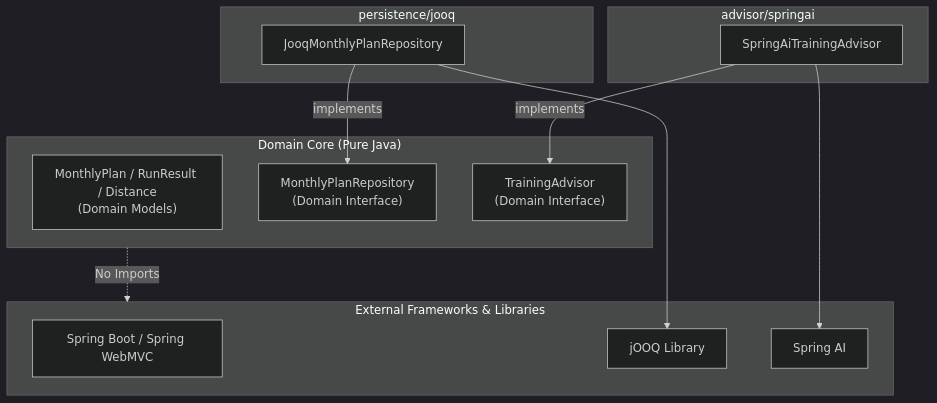
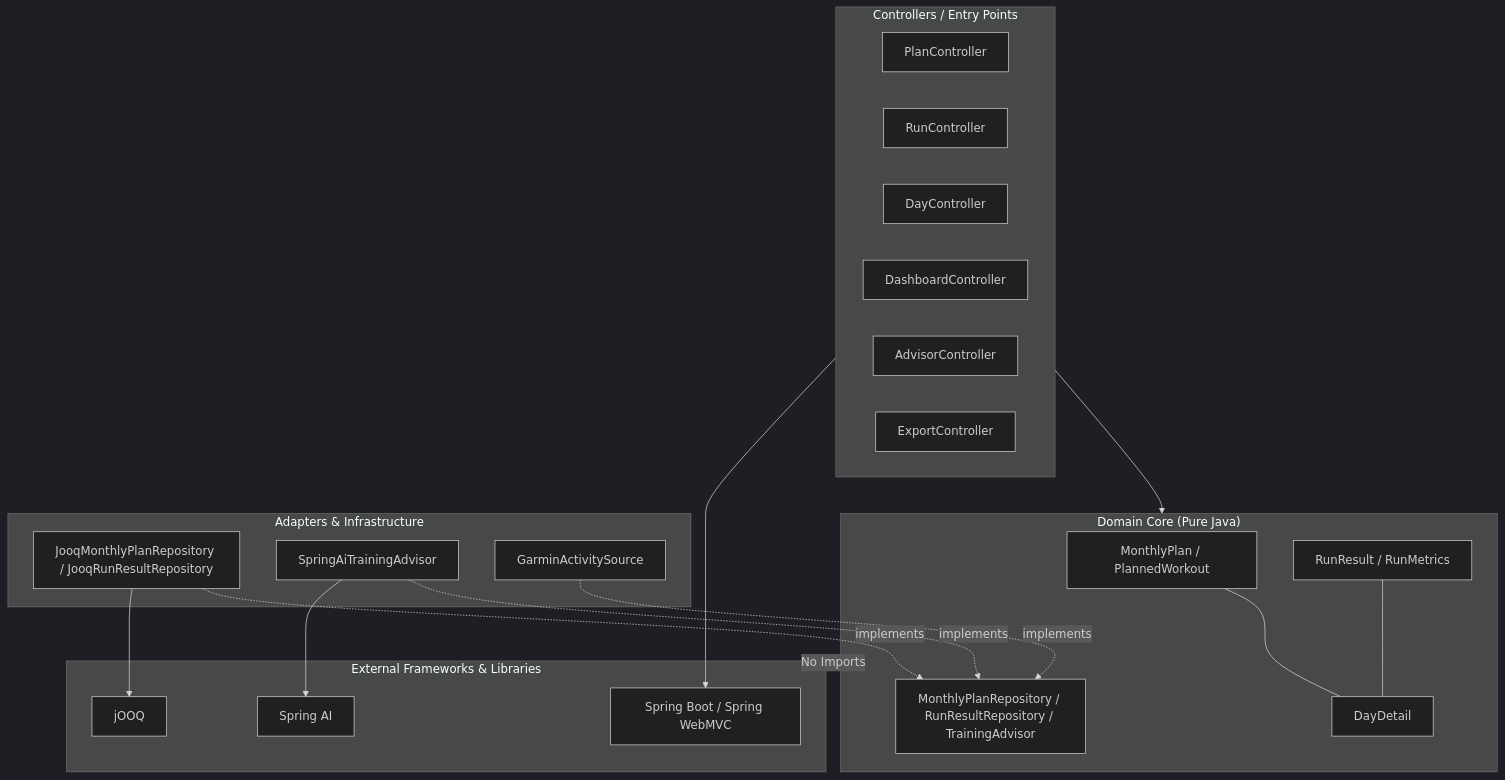
The second of 3 diagrams in openwiki/architecture/overview.md (tis-abe-akira/run-buddy), drawn with Mermaid (dark theme) before and after one commit. The commit also changed other lines of this file and 14 other files, not shown here.

````diff
--- a/openwiki/architecture/overview.md
+++ b/openwiki/architecture/overview.md
@@ -112,30 +125,44 @@
 ```mermaid
 flowchart TD
-    subgraph DomainCore ["Domain Core (Pure Java)"]
-        MonthlyPlan["MonthlyPlan / RunResult / Distance\n(Domain Models)"]
-        PlanRepoPort["MonthlyPlanRepository\n(Domain Interface)"]
-        AdvisorPort["TrainingAdvisor\n(Domain Interface)"]
+    subgraph Controllers ["Controllers / Entry Points"]
+        PlanCtrl["PlanController"]
+        RunCtrl["RunController"]
+        DayCtrl["DayController"]
+        DashCtrl["DashboardController"]
+        AdvisorCtrl["AdvisorController"]
+        ExportCtrl["ExportController"]
     end
 
-    subgraph PersistenceJooq ["persistence/jooq"]
-        JooqPlanRepo["JooqMonthlyPlanRepository"]
+    subgraph DomainCore ["Domain Core (Pure Java)"]
+        MonthlyPlan["MonthlyPlan / PlannedWorkout"]
+        RunResult["RunResult / RunMetrics"]
+        DayDetail["DayDetail"]
+        DomainPorts["MonthlyPlanRepository / RunResultRepository / TrainingAdvisor"]
+
+        MonthlyPlan --- DayDetail
+        RunResult --- DayDetail
     end
 
-    subgraph AdvisorSpringAi ["advisor/springai"]
+    subgraph Adapters ["Adapters & Infrastructure"]
+        JooqRepos["JooqMonthlyPlanRepository / JooqRunResultRepository"]
         SpringAiAdvisor["SpringAiTrainingAdvisor"]
+        GarminSource["GarminActivitySource"]
     end
 
     subgraph Frameworks ["External Frameworks & Libraries"]
-        SpringBoot["Spring Boot / Spring WebMVC"]
-        jOOQ["jOOQ Library"]
-        SpringAI["Spring AI"]
+        SpringFramework["Spring Boot / Spring WebMVC"]
+        jOOQLib["jOOQ"]
+        SpringAILib["Spring AI"]
     end
 
-    JooqPlanRepo -->|"implements"| PlanRepoPort
-    SpringAiAdvisor -->|"implements"| AdvisorPort
+    Controllers --> DomainCore
+    JooqRepos -.->|"implements"| DomainPorts
+    SpringAiAdvisor -.->|"implements"| DomainPorts
+    GarminSource -.->|"implements"| DomainPorts
 
-    JooqPlanRepo --> jOOQ
-    SpringAiAdvisor --> SpringAI
+    JooqRepos --> jOOQLib
+    SpringAiAdvisor --> SpringAILib
+    Controllers --> SpringFramework
 
     DomainCore -.->|"No Imports"| Frameworks
 ```
````
